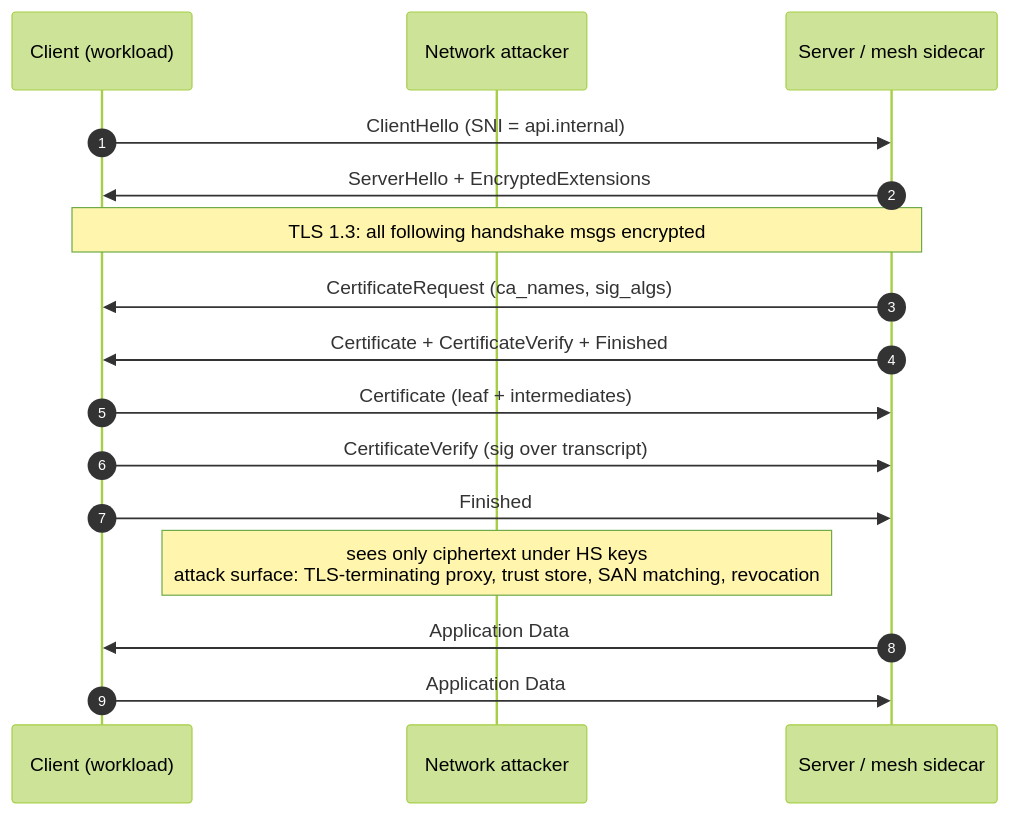
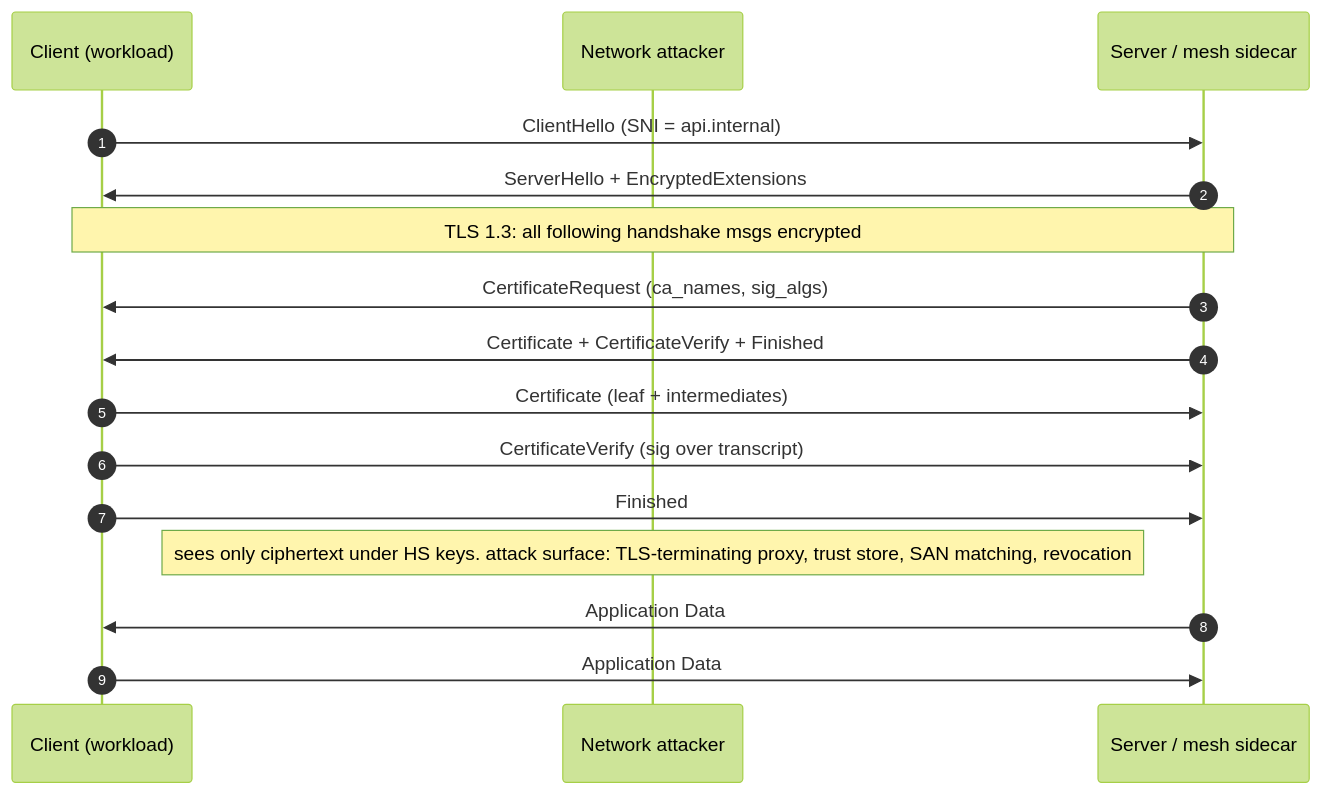
Before and after one commit to rcha0s/awesome-appsec-interview: the diagram in docs/69-mtls.md, drawn with Mermaid (forest theme). The commit also changed 15 other files, not shown here.

First line of the commit message:
fix(mermaid): replace <br/> in sequenceDiagram Note statements to fix GitHub parse errors

````diff
--- a/docs/69-mtls.md
+++ b/docs/69-mtls.md
@@ -64,18 +64,18 @@
 ```mermaid
 sequenceDiagram
     autonumber
     participant C as Client (workload)
     participant N as Network attacker
     participant S as Server / mesh sidecar
     C->>S: ClientHello (SNI = api.internal)
     S->>C: ServerHello + EncryptedExtensions
     Note over S,C: TLS 1.3: all following handshake msgs encrypted
     S->>C: CertificateRequest (ca_names, sig_algs)
     S->>C: Certificate + CertificateVerify + Finished
     C->>S: Certificate (leaf + intermediates)
     C->>S: CertificateVerify (sig over transcript)
     C->>S: Finished
-    Note over N: sees only ciphertext under HS keys<br/>attack surface: TLS-terminating proxy, trust store, SAN matching, revocation
+    Note over N: sees only ciphertext under HS keys. attack surface: TLS-terminating proxy, trust store, SAN matching, revocation
     S->>C: Application Data
     C->>S: Application Data
 ```
````
